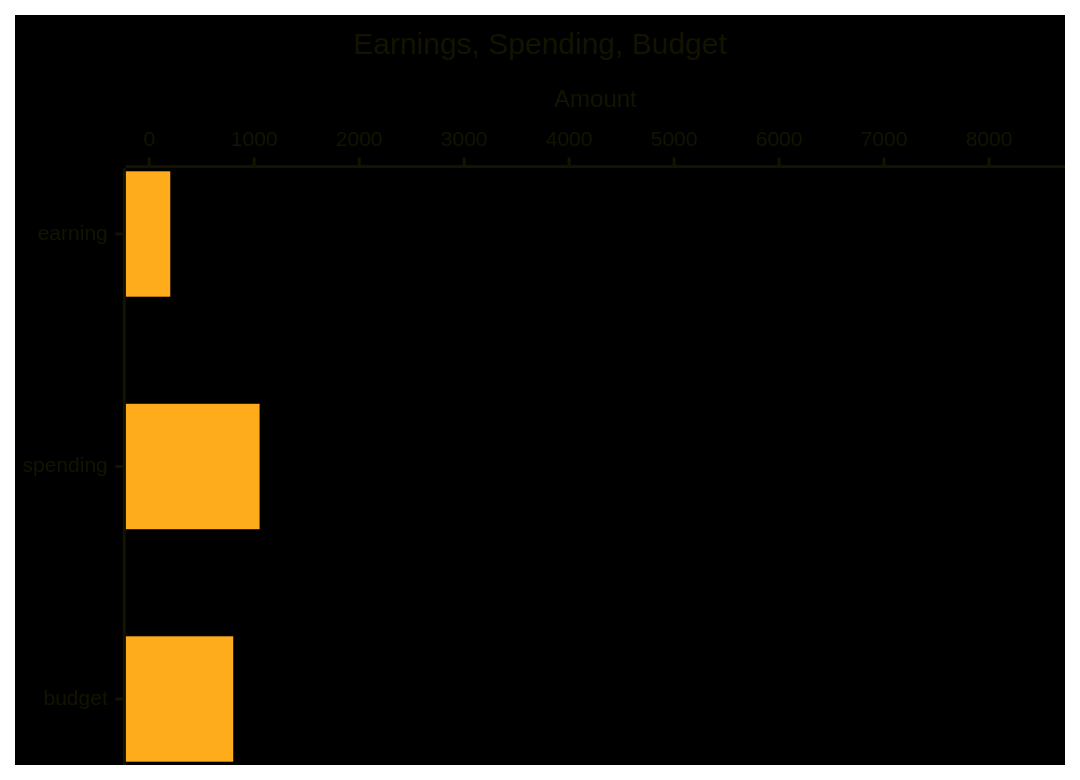
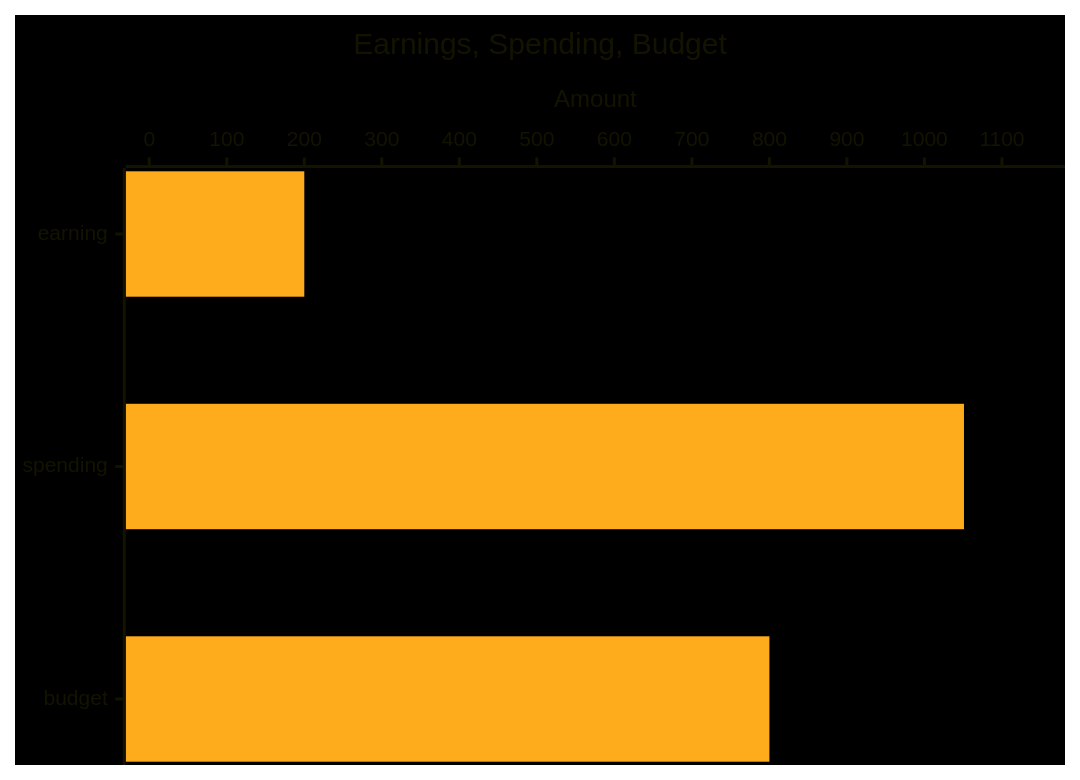
The third of 5 diagrams in data/template/2024-07/2024-07-budget.md (Indyandie/yosan), drawn with Mermaid before and after one commit. The commit also changed other lines of this file and 2 other files, not shown here.

Commit message:
refactor: calculate max Y axis from current data

````diff
--- a/data/template/2024-07/2024-07-budget.md
+++ b/data/template/2024-07/2024-07-budget.md
@@ -46,14 +46,14 @@
 ```mermaid
 --- 
 config: 
    themeVariables:
       xyChart: 
          backgroundColor: "#000"
          plotColorPalette: "#ffac1c, #097969"
 ---
 xychart-beta horizontal 
     title "Earnings, Spending, Budget"
-    y-axis "Amount" 0 --> 8500
+    y-axis "Amount" 0 --> 1151.00
     x-axis [earning, spending, budget]
     bar [200.00, 1051.00, 800.00]
 ```
````
